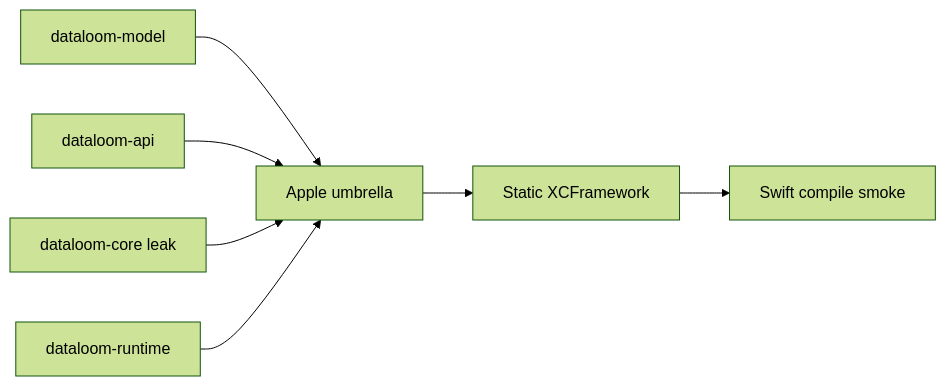
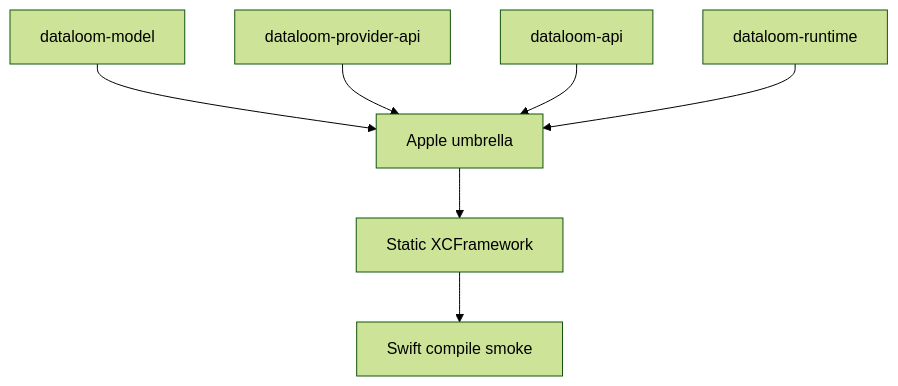
The diagram in docs/apple/xcframework-integration.md (dataloom-sdk/dataloom), drawn with Mermaid (forest theme) before and after one commit. The commit also changed other lines of this file and 26 other files, not shown here.

````diff
--- a/docs/apple/xcframework-integration.md
+++ b/docs/apple/xcframework-integration.md
@@ -30,9 +30,9 @@
 ```mermaid
-flowchart LR
+flowchart TD
     model["dataloom-model"] --> appleUmbrella["Apple umbrella"]
+    providerApi["dataloom-provider-api"] --> appleUmbrella
     api["dataloom-api"] --> appleUmbrella
-    core["dataloom-core leak"] --> appleUmbrella
     runtime["dataloom-runtime"] --> appleUmbrella
     appleUmbrella --> framework["Static XCFramework"]
     framework --> swiftSmoke["Swift compile smoke"]
 ```
````
